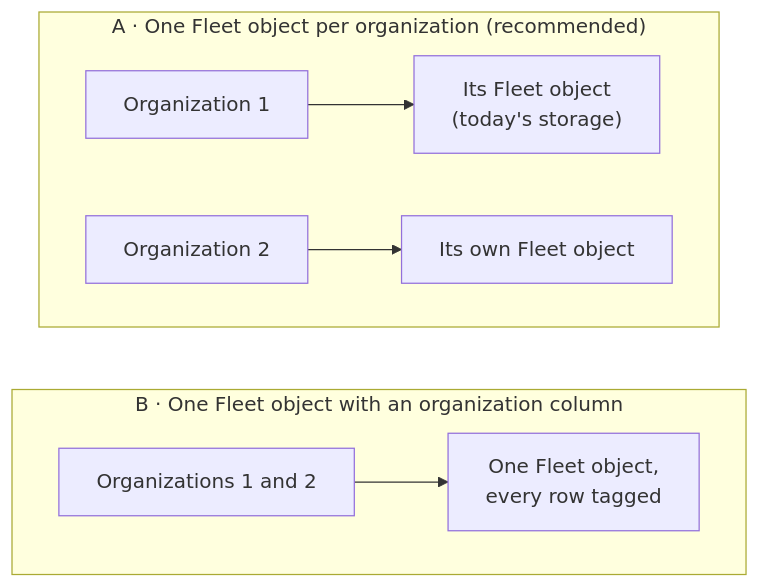
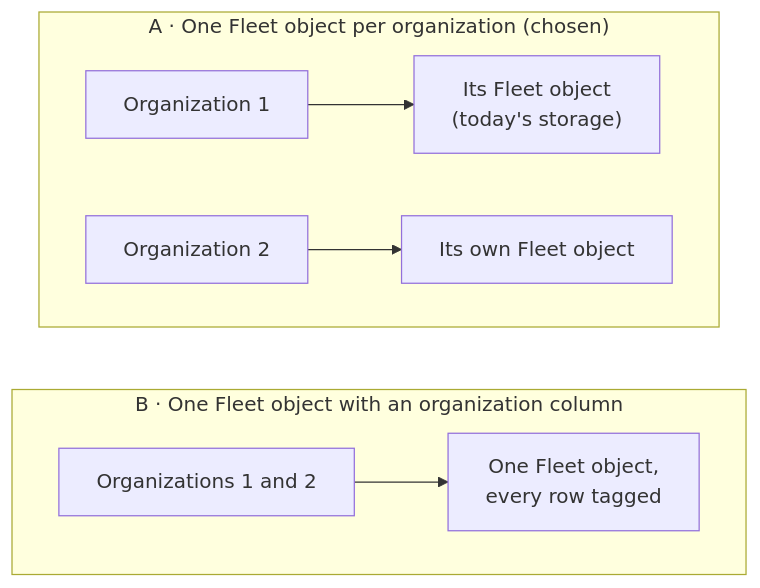
One commit to ShravanSunder/agent-vm changed diagram 15 of 16 in docs/specs/2026-10-24-agent-identity/alternatives.md. Above: the diagram before and after it, drawn with Mermaid. The commit also changed other lines of this file and 5 other files, not shown here.

````diff
--- a/docs/specs/2026-10-24-agent-identity/alternatives.md
+++ b/docs/specs/2026-10-24-agent-identity/alternatives.md
@@ -455,13 +462,13 @@
 ```mermaid
 flowchart TB
-  subgraph A["A · One Fleet object per organization (recommended)"]
+  subgraph A["A · One Fleet object per organization (chosen)"]
     direction LR
     A1["Organization 1"] --> A2["Its Fleet object<br/>(today's storage)"]
     A3["Organization 2"] --> A4["Its own Fleet object"]
   end
   subgraph B["B · One Fleet object with an organization column"]
     direction LR
     B1["Organizations 1 and 2"] --> B2["One Fleet object,<br/>every row tagged"]
   end
   A ~~~ B
 ```
````
